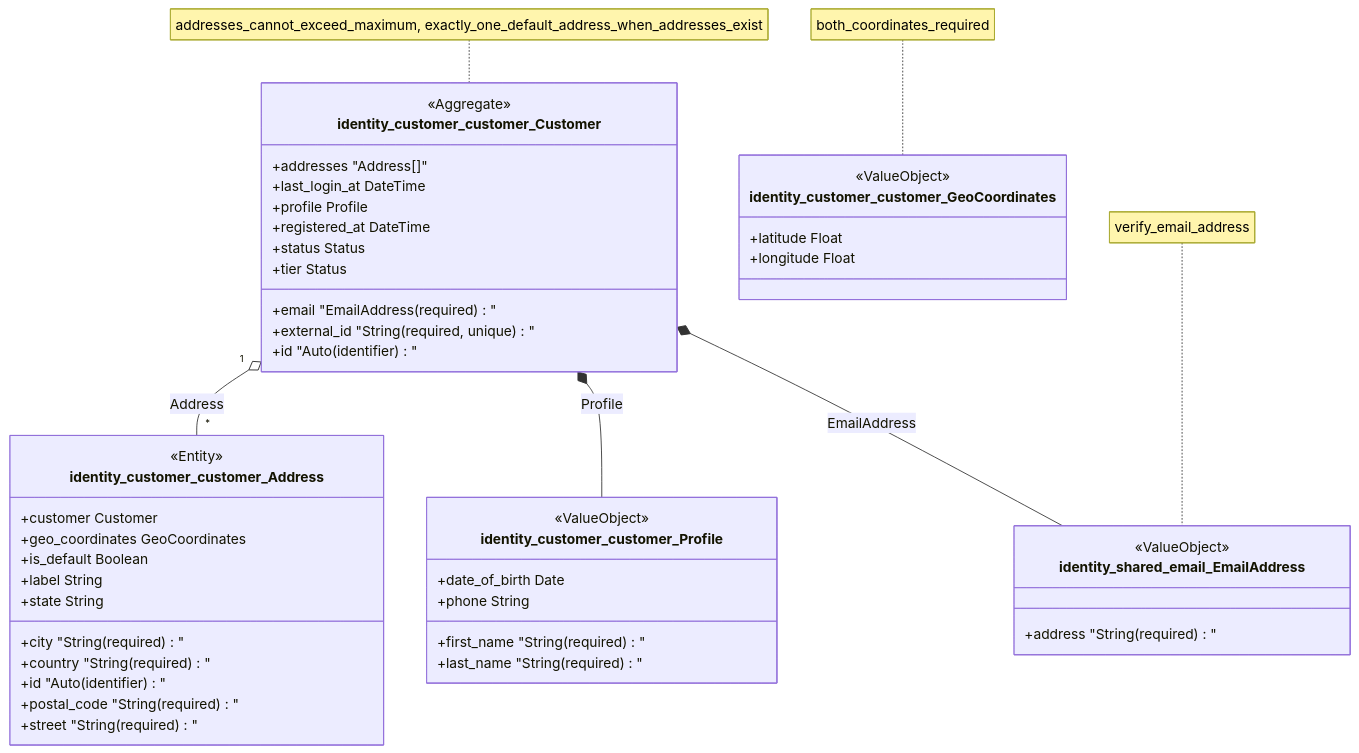
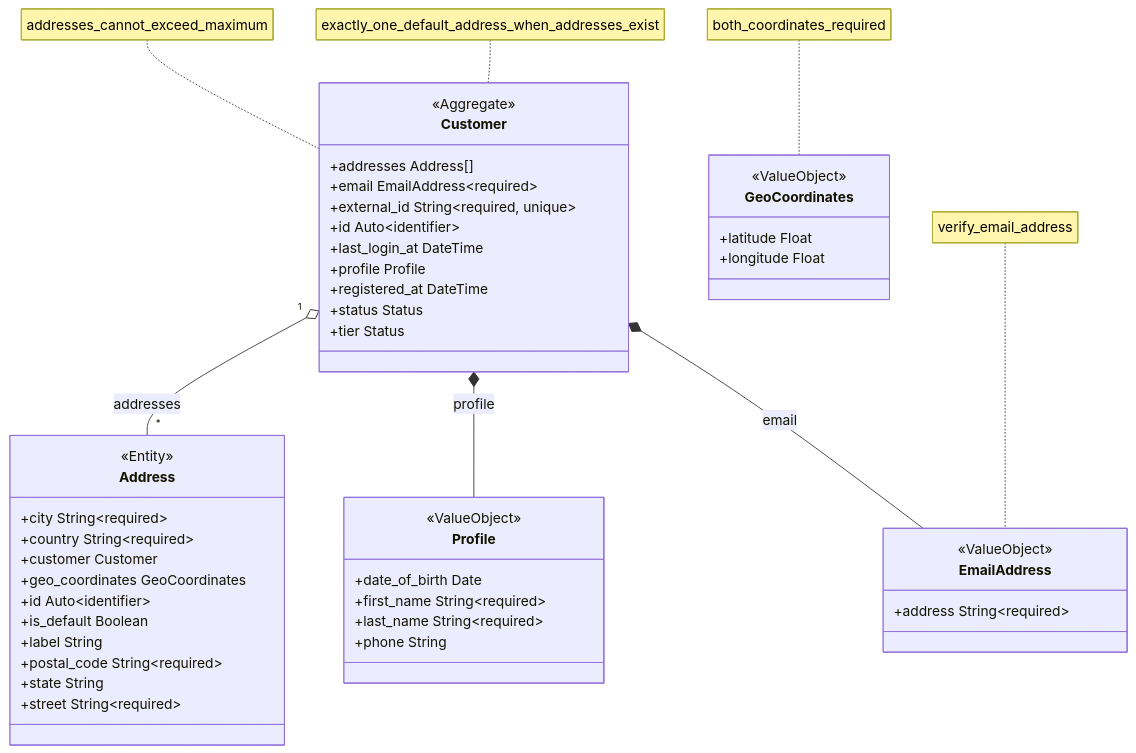
The diagram in docs/identity/clusters.md (proteanhq/shopstream), drawn with Mermaid before and after one commit. The commit also changed 24 other files, not shown here.

First line of the commit message:
Regenerate docs with improved Mermaid diagrams from upstream Protean fixes

````diff
--- a/docs/identity/clusters.md
+++ b/docs/identity/clusters.md
@@ -3,50 +3,51 @@
 ```mermaid
 classDiagram
-    class identity_customer_customer_Customer {
+    class identity_customer_customer_Customer["Customer"] {
         <<Aggregate>>
-        +addresses "Address[]"
-        +email "EmailAddress (required)"
-        +external_id "String (required, unique)"
-        +id "Auto (identifier)"
+        +addresses Address[]
+        +email EmailAddress~required~
+        +external_id String~required, unique~
+        +id Auto~identifier~
         +last_login_at DateTime
         +profile Profile
         +registered_at DateTime
         +status Status
         +tier Status
     }
-    note for identity_customer_customer_Customer "addresses_cannot_exceed_maximum, exactly_one_default_address_when_addresses_exist"
-    class identity_customer_customer_Address {
+    note for identity_customer_customer_Customer "addresses_cannot_exceed_maximum"
+    note for identity_customer_customer_Customer "exactly_one_default_address_when_addresses_exist"
+    class identity_customer_customer_Address["Address"] {
         <<Entity>>
-        +city "String (required)"
-        +country "String (required)"
+        +city String~required~
+        +country String~required~
         +customer Customer
         +geo_coordinates GeoCoordinates
-        +id "Auto (identifier)"
+        +id Auto~identifier~
         +is_default Boolean
         +label String
-        +postal_code "String (required)"
+        +postal_code String~required~
         +state String
-        +street "String (required)"
+        +street String~required~
     }
-    identity_customer_customer_Customer "1" o-- "*" identity_customer_customer_Address : Address
-    class identity_customer_customer_GeoCoordinates {
+    identity_customer_customer_Customer "1" o-- "*" identity_customer_customer_Address : addresses
+    class identity_customer_customer_GeoCoordinates["GeoCoordinates"] {
         <<ValueObject>>
         +latitude Float
         +longitude Float
     }
     note for identity_customer_customer_GeoCoordinates "both_coordinates_required"
-    class identity_customer_customer_Profile {
+    class identity_customer_customer_Profile["Profile"] {
         <<ValueObject>>
         +date_of_birth Date
-        +first_name "String (required)"
-        +last_name "String (required)"
+        +first_name String~required~
+        +last_name String~required~
         +phone String
     }
-    identity_customer_customer_Customer *-- identity_customer_customer_Profile : Profile
-    class identity_shared_email_EmailAddress {
+    identity_customer_customer_Customer *-- identity_customer_customer_Profile : profile
+    class identity_shared_email_EmailAddress["EmailAddress"] {
         <<ValueObject>>
-        +address "String (required)"
+        +address String~required~
     }
     note for identity_shared_email_EmailAddress "verify_email_address"
-    identity_customer_customer_Customer *-- identity_shared_email_EmailAddress : EmailAddress
+    identity_customer_customer_Customer *-- identity_shared_email_EmailAddress : email
 ```
````
